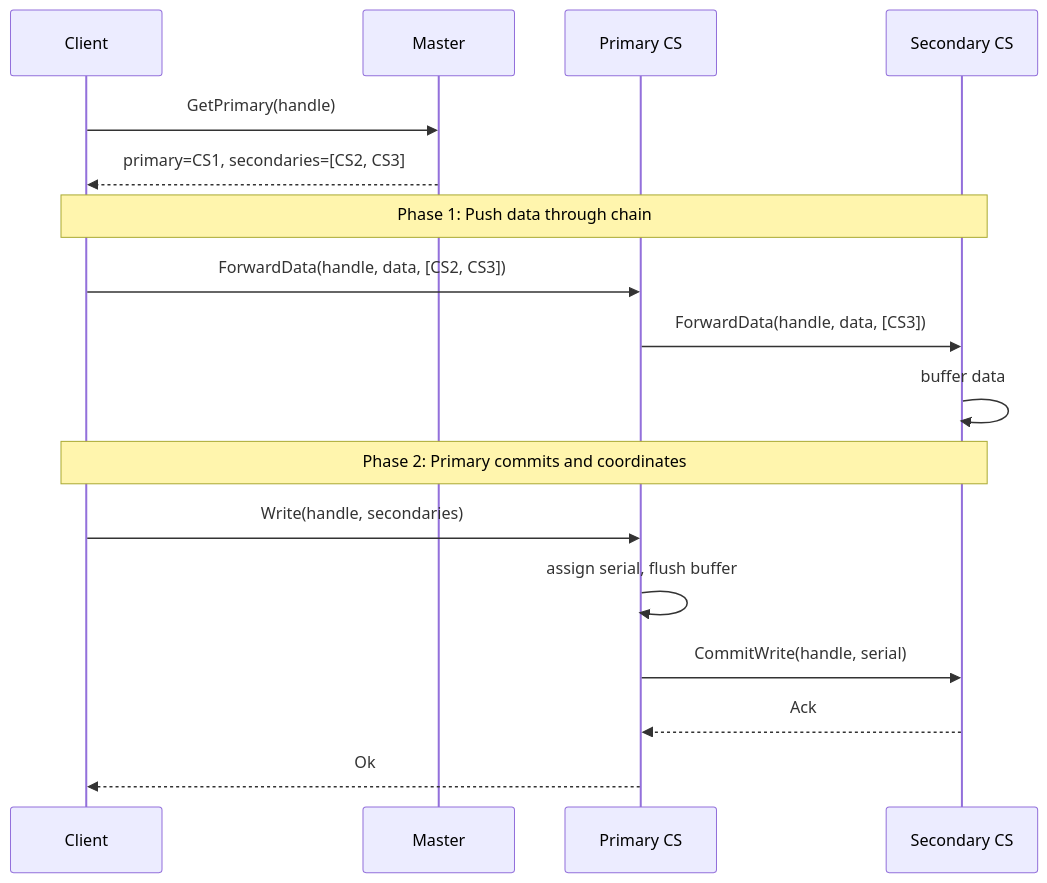
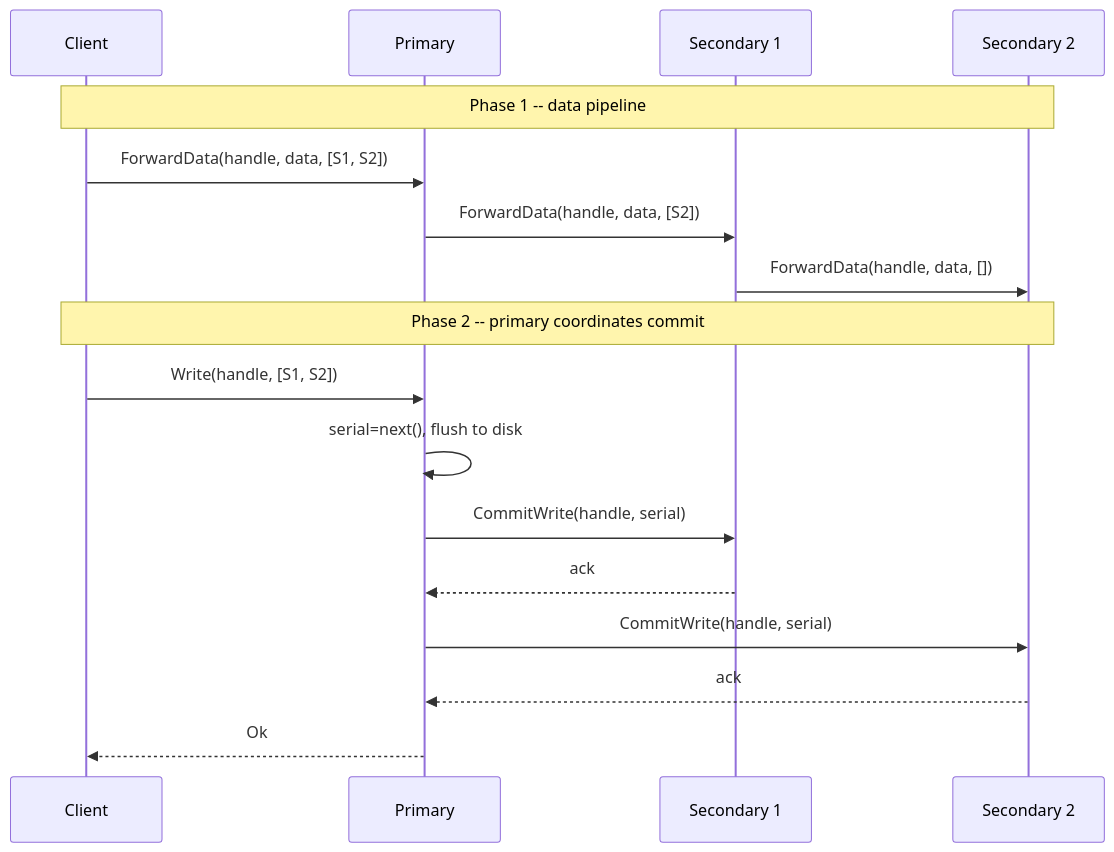
The diagram in README.md (pixperk/juzfs), drawn with Mermaid before and after one commit. The commit also changed other lines of this file, not shown here.

````diff
--- a/README.md
+++ b/README.md
@@ -62,22 +85,21 @@
 ```mermaid
 sequenceDiagram
     participant C as Client
-    participant M as Master
-    participant P as Primary CS
-    participant S as Secondary CS
+    participant P as Primary
+    participant S1 as Secondary 1
+    participant S2 as Secondary 2
 
-    C->>M: GetPrimary(handle)
-    M-->>C: primary=CS1, secondaries=[CS2, CS3]
+    Note over C,S2: Phase 1 -- data pipeline
+    C->>P: ForwardData(handle, data, [S1, S2])
+    P->>S1: ForwardData(handle, data, [S2])
+    S1->>S2: ForwardData(handle, data, [])
 
-    Note over C,S: Phase 1: Push data through chain
-    C->>P: ForwardData(handle, data, [CS2, CS3])
-    P->>S: ForwardData(handle, data, [CS3])
-    S->>S: buffer data
-
-    Note over C,S: Phase 2: Primary commits and coordinates
-    C->>P: Write(handle, secondaries)
-    P->>P: assign serial, flush buffer
-    P->>S: CommitWrite(handle, serial)
-    S-->>P: Ack
+    Note over C,S2: Phase 2 -- primary coordinates commit
+    C->>P: Write(handle, [S1, S2])
+    P->>P: serial=next(), flush to disk
+    P->>S1: CommitWrite(handle, serial)
+    S1-->>P: ack
+    P->>S2: CommitWrite(handle, serial)
+    S2-->>P: ack
     P-->>C: Ok
 ```
````
